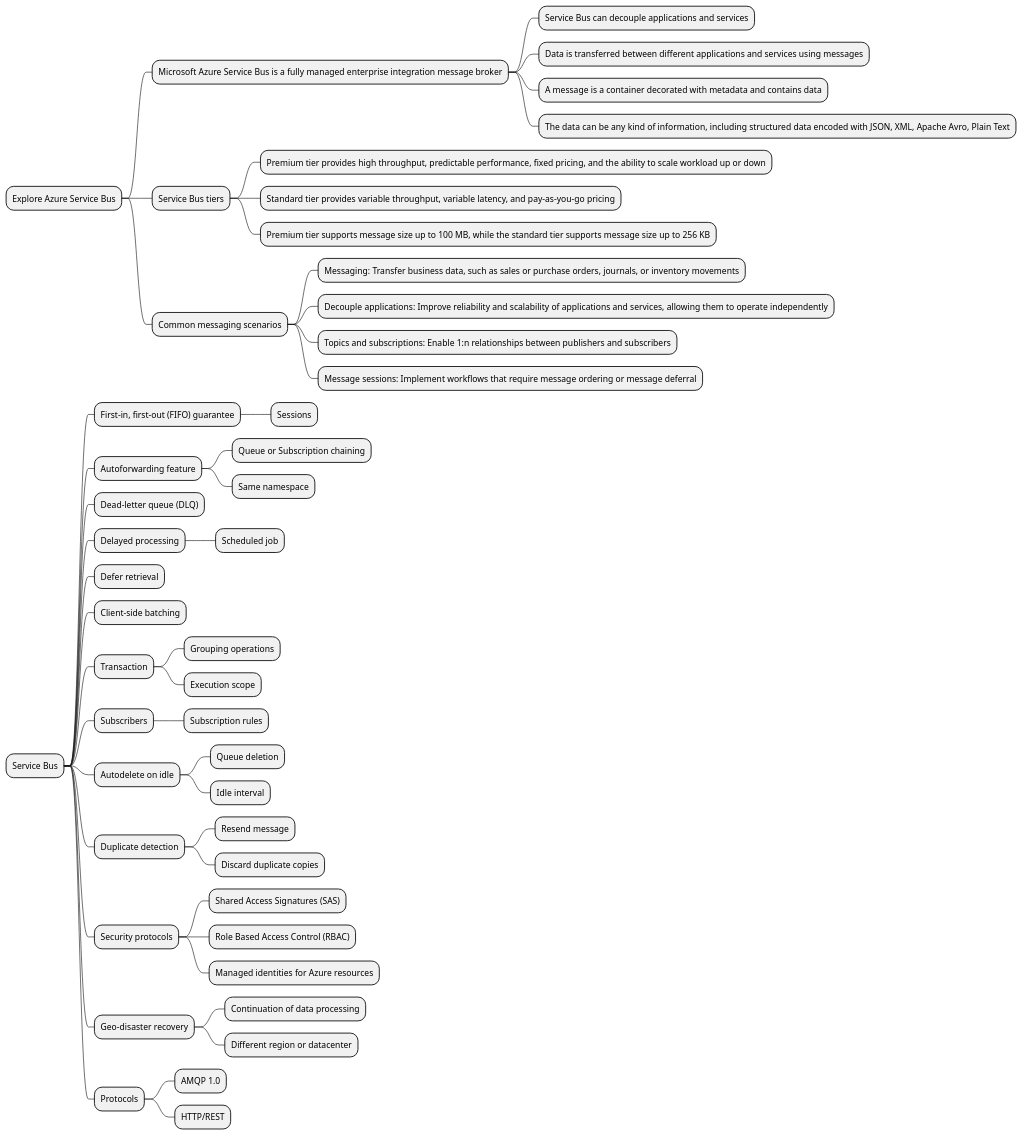
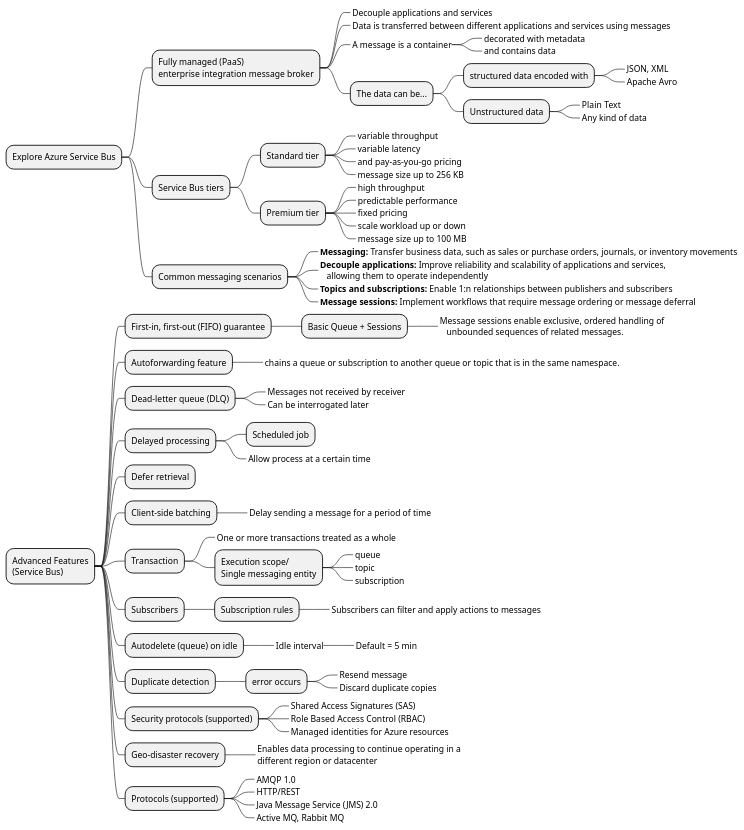
Before and after one commit to bobbyache/AZ-204: the diagram in 09 - message-queues/diagrams/2-tiers-and-features-mindmap.plantuml, drawn with PlantUML. The commit also changed 61 other files, not shown here.

```diff
--- a/09 - message-queues/diagrams/2-tiers-and-features-mindmap.plantuml
+++ b/09 - message-queues/diagrams/2-tiers-and-features-mindmap.plantuml
@@ -1,51 +1,81 @@
 @startmindmap
 * Explore Azure Service Bus
-** Microsoft Azure Service Bus is a fully managed enterprise integration message broker
-*** Service Bus can decouple applications and services
-*** Data is transferred between different applications and services using messages
-*** A message is a container decorated with metadata and contains data
-*** The data can be any kind of information, including structured data encoded with JSON, XML, Apache Avro, Plain Text
+** Fully managed (PaaS)\nenterprise integration message broker
+***_ Decouple applications and services
+***_ Data is transferred between different applications and services using messages
+***_ A message is a container
+****_ decorated with metadata
+****_ and contains data
+*** The data can be...
+**** structured data encoded with
+*****_ JSON, XML
+*****_ Apache Avro
+**** Unstructured data
+*****_ Plain Text
+*****_ Any kind of data
+
 ** Service Bus tiers
-*** Premium tier provides high throughput, predictable performance, fixed pricing, and the ability to scale workload up or down
-*** Standard tier provides variable throughput, variable latency, and pay-as-you-go pricing
-*** Premium tier supports message size up to 100 MB, while the standard tier supports message size up to 256 KB
+*** Standard tier
+****_ variable throughput
+****_ variable latency
+****_ and pay-as-you-go pricing
+****_ message size up to 256 KB
+*** Premium tier
+****_ high throughput
+****_ predictable performance
+****_ fixed pricing
+****_ scale workload up or down
+****_ message size up to 100 MB
+
 ** Common messaging scenarios
-*** Messaging: Transfer business data, such as sales or purchase orders, journals, or inventory movements
-*** Decouple applications: Improve reliability and scalability of applications and services, allowing them to operate independently
-*** Topics and subscriptions: Enable 1:n relationships between publishers and subscribers
-*** Message sessions: Implement workflows that require message ordering or message deferral
+***_ **Messaging:** Transfer business data, such as sales or purchase orders, journals, or inventory movements
+***_ **Decouple applications:** Improve reliability and scalability of applications and services,\n   allowing them to operate independently
+***_ **Topics and subscriptions:** Enable 1:n relationships between publishers and subscribers
+***_ **Message sessions:** Implement workflows that require message ordering or message deferral
 
-* Service Bus
+* Advanced Features\n(Service Bus)
 ** First-in, first-out (FIFO) guarantee
-*** Sessions
+*** Basic Queue + Sessions
+****_ Message sessions enable exclusive, ordered handling of\n   unbounded sequences of related messages.
 ** Autoforwarding feature
-*** Queue or Subscription chaining
-*** Same namespace
+***_ chains a queue or subscription to another queue or topic that is in the same namespace.
 ** Dead-letter queue (DLQ)
+***_ Messages not received by receiver
+***_ Can be interrogated later
 ** Delayed processing
 *** Scheduled job
+***_ Allow process at a certain time
 ** Defer retrieval
 ** Client-side batching
+***_ Delay sending a message for a period of time
 ** Transaction
-*** Grouping operations
-*** Execution scope
+***_ One or more transactions treated as a whole
+*** Execution scope/\nSingle messaging entity
+****_ queue
+****_ topic
+****_ subscription
+
 ** Subscribers
 *** Subscription rules
-** Autodelete on idle
-*** Queue deletion
-*** Idle interval
+****_ Subscribers can filter and apply actions to messages
+** Autodelete (queue) on idle
+***_ Idle interval
+****_ Default = 5 min
+
 ** Duplicate detection
-*** Resend message
-*** Discard duplicate copies
-** Security protocols
-*** Shared Access Signatures (SAS)
-*** Role Based Access Control (RBAC)
-*** Managed identities for Azure resources
+*** error occurs
+****_ Resend message
+****_ Discard duplicate copies
+** Security protocols (supported)
+***_ Shared Access Signatures (SAS)
+***_ Role Based Access Control (RBAC)
+***_ Managed identities for Azure resources
 ** Geo-disaster recovery
-*** Continuation of data processing
-*** Different region or datacenter
-** Protocols
-*** AMQP 1.0
-*** HTTP/REST
+***_ Enables data processing to continue operating in a\ndifferent region or datacenter
+** Protocols (supported)
+***_ AMQP 1.0
+***_ HTTP/REST
+***_ Java Message Service (JMS) 2.0
+***_ Active MQ, Rabbit MQ
 
 @endmindmap
```
